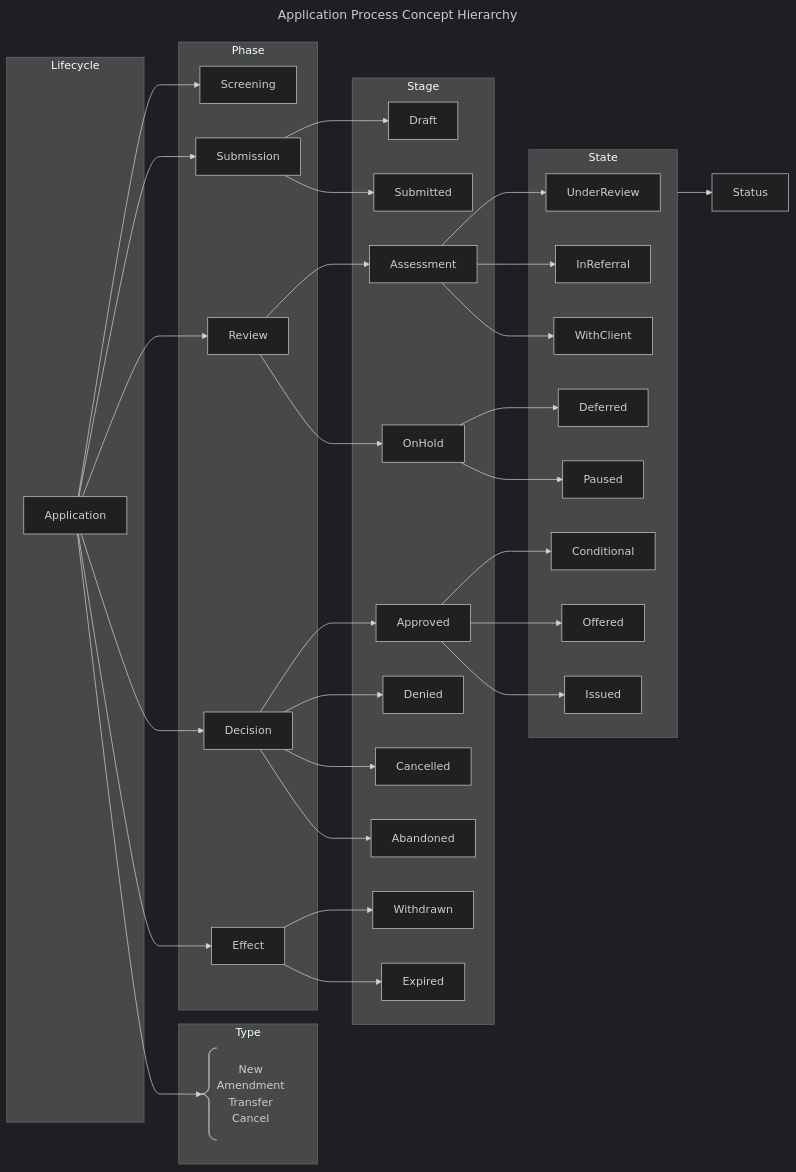
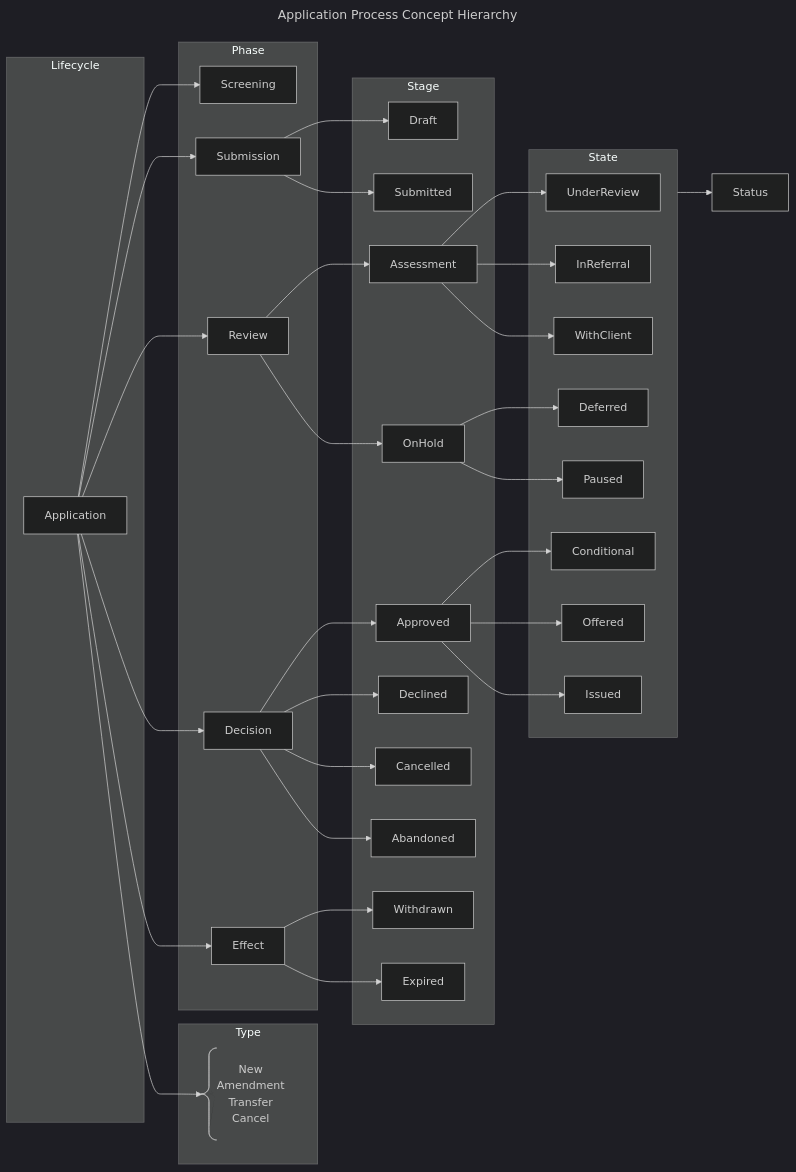
Before and after one commit to bcgov/nr-pies: the first of 2 diagrams in docs/spec/concept/process_tracking.md, drawn with Mermaid (dark theme).

Commit message:
Change Denied to Declined in application graph

````diff
--- a/docs/spec/concept/process_tracking.md
+++ b/docs/spec/concept/process_tracking.md
@@ -19,79 +19,79 @@
 ```mermaid
 ---
 title: Application Process Concept Hierarchy
 ---
 flowchart LR
   AppType@{ shape: comment, label: "New
   Amendment
   Transfer
   Cancel" }
 
   Application --> Screening
   Application --> Submission
   Application --> Review
   Application --> Decision
   Application --> Effect
   Application --> AppType
 
   Submission --> Draft
   Submission --> Submitted
   Review --> Assessment
   Review --> OnHold
   Decision --> Approved
-  Decision --> Denied
+  Decision --> Declined
   Decision --> Cancelled
   Decision --> Abandoned
   Effect --> Withdrawn
   Effect --> Expired
 
   Assessment --> UnderReview
   Assessment --> InReferral
   Assessment --> WithClient
   OnHold --> Deferred
   OnHold --> Paused
   Approved --> Conditional
   Approved --> Offered
   Approved --> Issued
 
   State --> Status
 
   subgraph Lifecycle
     Application
   end
 
   subgraph Type
     AppType
   end
 
   subgraph Phase
     Screening
     Submission
     Review
     Decision
     Effect
   end
 
   subgraph Stage
     Draft
     Submitted
     Assessment
     OnHold
     Approved
-    Denied
+    Declined
     Cancelled
     Abandoned
     Withdrawn
     Expired
   end
 
   subgraph State
     UnderReview
     InReferral
     WithClient
     Deferred
     Paused
     Conditional
     Offered
     Issued
   end
 ```
````
